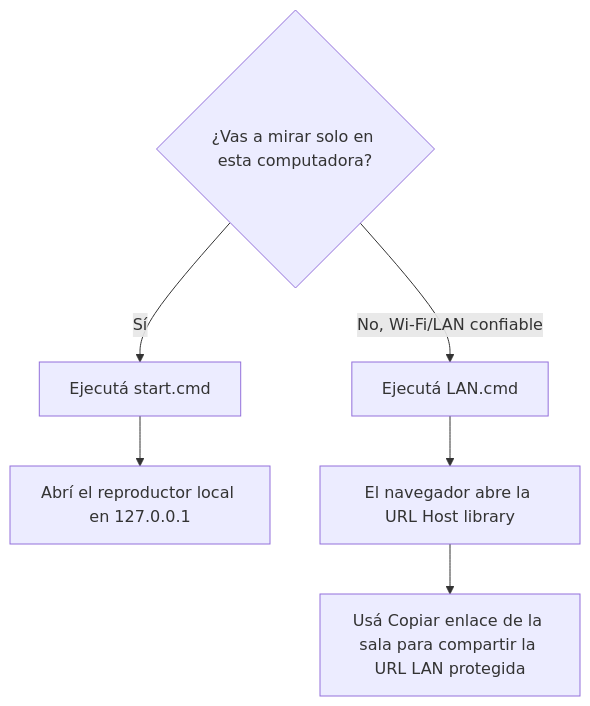
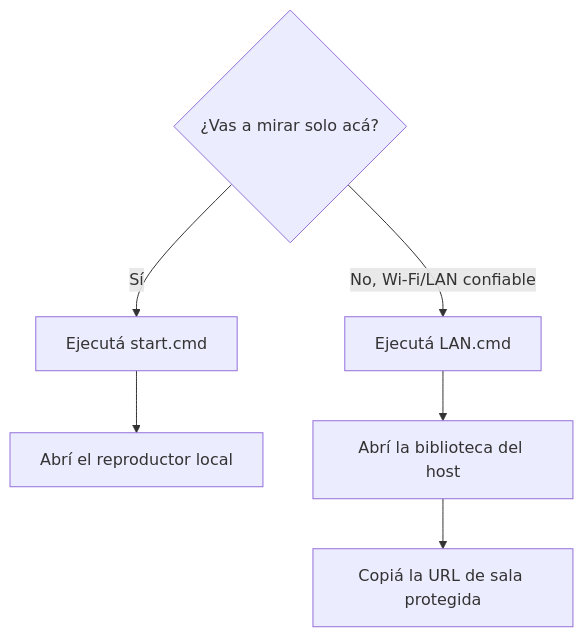
The first of 2 diagrams in README.es.md (Dortecx/The-Player), drawn with Mermaid before and after one commit. The commit also changed other lines of this file and 4 other files, not shown here.

````diff
--- a/README.es.md
+++ b/README.es.md
@@ -11,9 +11,9 @@
 ```mermaid
 flowchart TD
-    A{¿Vas a mirar solo en esta computadora?}
+    A{¿Vas a mirar solo acá?}
     A -->|Sí| B[Ejecutá start.cmd]
-    B --> C[Abrí el reproductor local en 127.0.0.1]
+    B --> C[Abrí el reproductor local]
     A -->|No, Wi-Fi/LAN confiable| D[Ejecutá LAN.cmd]
-    D --> E[El navegador abre la URL Host library]
-    E --> F[Usá Copiar enlace de la sala para compartir la URL LAN protegida]
+    D --> E[Abrí la biblioteca del host]
+    E --> F[Copiá la URL de sala protegida]
 ```
````
